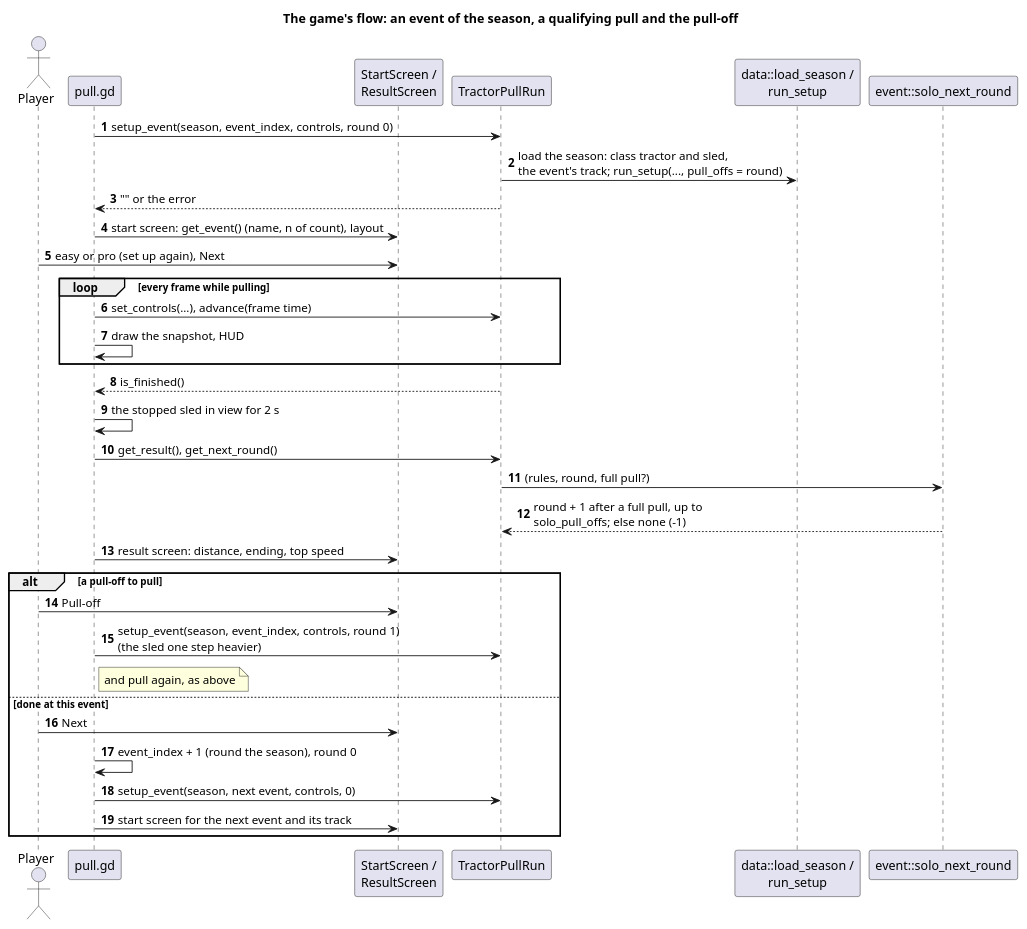
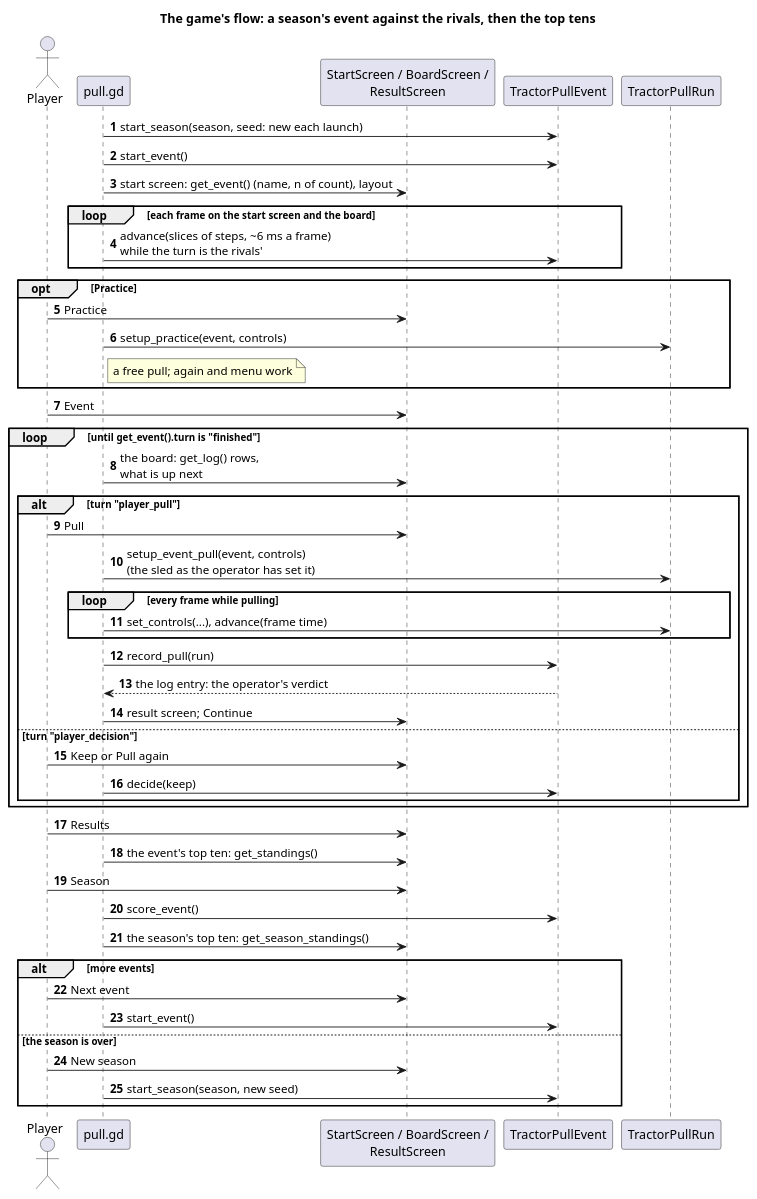
Before and after one commit to wversteeg/TractorPulling: the diagram in docs/diagrams/godot_run_flow_sequence.puml, drawn with PlantUML. The commit also changed 50 other files, not shown here.

First line of the commit message:
The game's event: nine rivals, the board and the top tens

```diff
--- a/docs/diagrams/godot_run_flow_sequence.puml
+++ b/docs/diagrams/godot_run_flow_sequence.puml
@@ -1,36 +1,50 @@
 @startuml godot_run_flow_sequence
-title The game's flow: an event of the season, a qualifying pull and the pull-off
+title The game's flow: a season's event against the rivals, then the top tens
 autonumber
 actor Player
 participant "pull.gd" as Pull
-participant "StartScreen /\nResultScreen" as Screens
+participant "StartScreen / BoardScreen /\nResultScreen" as Screens
+participant "TractorPullEvent" as Event
 participant "TractorPullRun" as Run
-participant "data::load_season /\nrun_setup" as Data
-participant "event::solo_next_round" as Solo
 
-Pull -> Run : setup_event(season, event_index, controls, round 0)
-Run -> Data : load the season: class tractor and sled,\nthe event's track; run_setup(..., pull_offs = round)
-Run --> Pull : "" or the error
+Pull -> Event : start_season(season, seed: new each launch)
+Pull -> Event : start_event()
 Pull -> Screens : start screen: get_event() (name, n of count), layout
-Player -> Screens : easy or pro (set up again), Next
-loop every frame while pulling
-  Pull -> Run : set_controls(...), advance(frame time)
-  Pull -> Pull : draw the snapshot, HUD
+loop each frame on the start screen and the board
+  Pull -> Event : advance(slices of steps, ~6 ms a frame)\nwhile the turn is the rivals'
 end
-Run --> Pull : is_finished()
-Pull -> Pull : the stopped sled in view for 2 s
-Pull -> Run : get_result(), get_next_round()
-Run -> Solo : (rules, round, full pull?)
-Solo --> Run : round + 1 after a full pull, up to\nsolo_pull_offs; else none (-1)
-Pull -> Screens : result screen: distance, ending, top speed
-alt a pull-off to pull
-  Player -> Screens : Pull-off
-  Pull -> Run : setup_event(season, event_index, controls, round 1)\n(the sled one step heavier)
-  note right of Pull : and pull again, as above
-else done at this event
-  Player -> Screens : Next
-  Pull -> Pull : event_index + 1 (round the season), round 0
-  Pull -> Run : setup_event(season, next event, controls, 0)
-  Pull -> Screens : start screen for the next event and its track
+opt Practice
+  Player -> Screens : Practice
+  Pull -> Run : setup_practice(event, controls)
+  note right of Pull : a free pull; again and menu work
+end
+Player -> Screens : Event
+loop until get_event().turn is "finished"
+  Pull -> Screens : the board: get_log() rows,\nwhat is up next
+  alt turn "player_pull"
+    Player -> Screens : Pull
+    Pull -> Run : setup_event_pull(event, controls)\n(the sled as the operator has set it)
+    loop every frame while pulling
+      Pull -> Run : set_controls(...), advance(frame time)
+    end
+    Pull -> Event : record_pull(run)
+    Event --> Pull : the log entry: the operator's verdict
+    Pull -> Screens : result screen; Continue
+  else turn "player_decision"
+    Player -> Screens : Keep or Pull again
+    Pull -> Event : decide(keep)
+  end
+end
+Player -> Screens : Results
+Pull -> Screens : the event's top ten: get_standings()
+Player -> Screens : Season
+Pull -> Event : score_event()
+Pull -> Screens : the season's top ten: get_season_standings()
+alt more events
+  Player -> Screens : Next event
+  Pull -> Event : start_event()
+else the season is over
+  Player -> Screens : New season
+  Pull -> Event : start_season(season, new seed)
 end
 @enduml
```
